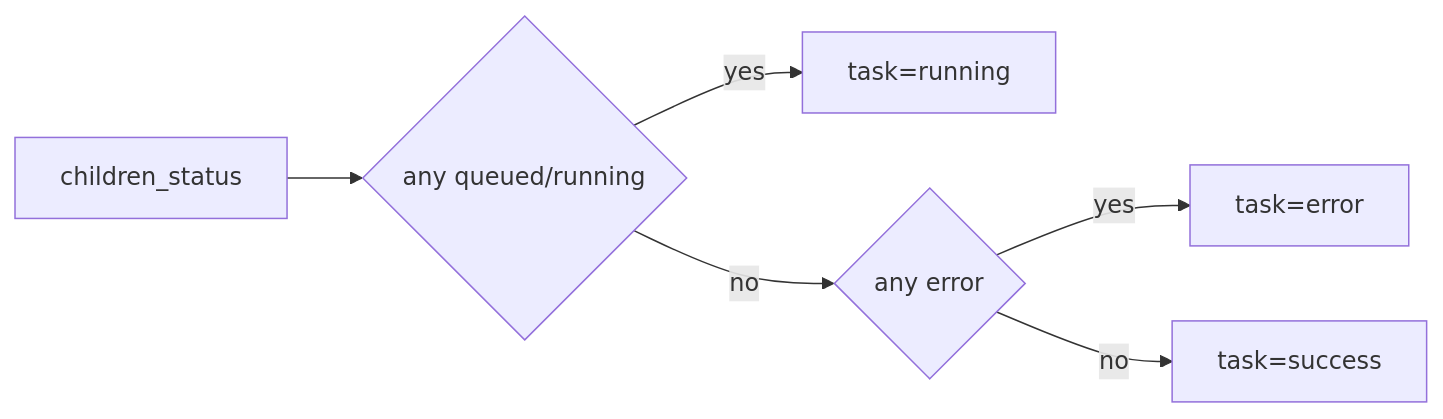
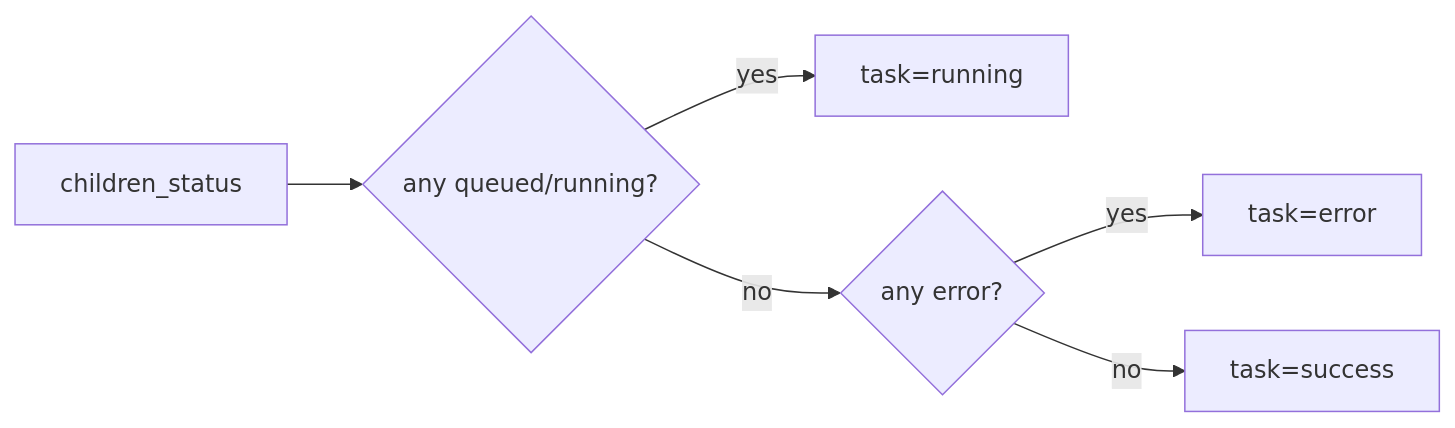
Before and after one commit to ZUENS2020/Sherpa: the fourth of 8 diagrams in README.md, drawn with Mermaid. The commit also changed other lines of this file, not shown here.

````diff
--- a/README.md
+++ b/README.md
@@ -111,8 +151,8 @@
 ```mermaid
 flowchart LR
-  C["children_status"] --> Q{"any queued/running"}
-  Q -->|"yes"| RUN["task=running"]
-  Q -->|"no"| E{"any error"}
-  E -->|"yes"| ERR["task=error"]
-  E -->|"no"| OK["task=success"]
+  C["children_status"] --> A{"any queued/running?"}
+  A -->|yes| RUN["task=running"]
+  A -->|no| B{"any error?"}
+  B -->|yes| ERR["task=error"]
+  B -->|no| OK["task=success"]
 ```
````
